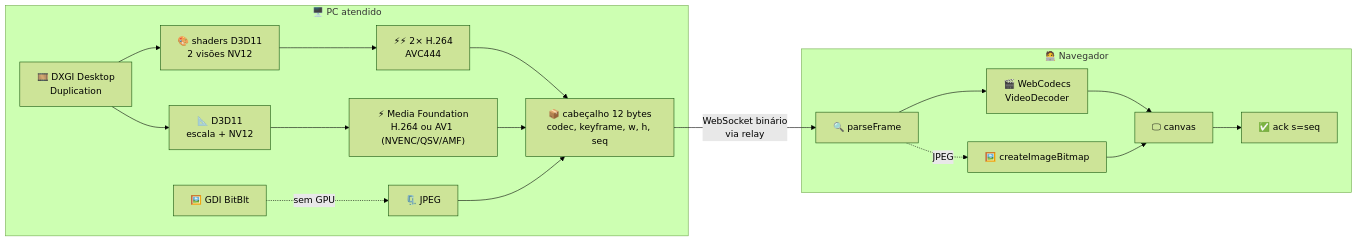
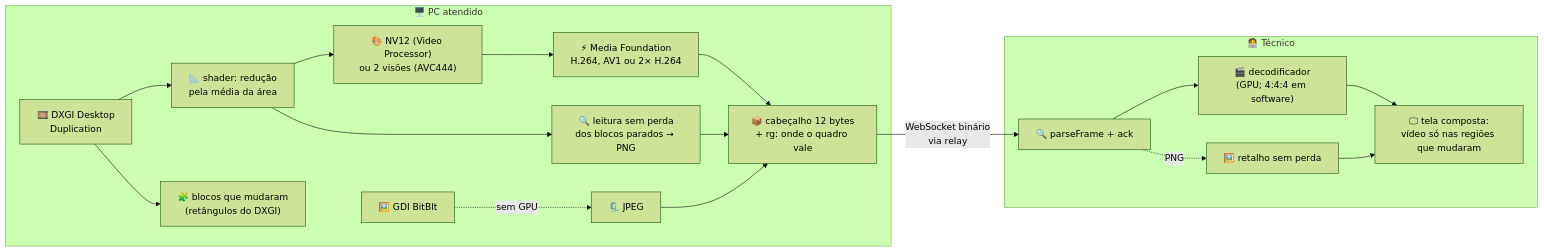
One commit to caetasousa/remoteIT changed the fifth of 21 diagrams in docs/FLUXOS.md. Above: the diagram before and after it, drawn with Mermaid (forest theme). The commit also changed other lines of this file and 96 other files, not shown here.

````diff
--- a/docs/FLUXOS.md
+++ b/docs/FLUXOS.md
@@ -192,21 +192,21 @@
 ```mermaid
 graph LR
     subgraph PC["🖥️ PC atendido"]
-        D["🎞️ DXGI Desktop<br/>Duplication"] --> S["📐 D3D11<br/>escala + NV12"]
-        D --> SH["🎨 shaders D3D11<br/>2 visões NV12"]
-        S --> E["⚡ Media Foundation<br/>H.264 ou AV1 (NVENC/QSV/AMF)"]
-        SH --> E2["⚡⚡ 2× H.264<br/>AVC444"]
-        E2 --> F
+        D["🎞️ DXGI Desktop<br/>Duplication"] --> R["📐 shader: redução<br/>pela média da área"]
+        D --> M["🧩 blocos que mudaram<br/>(retângulos do DXGI)"]
+        R --> S["🎨 NV12 (Video Processor)<br/>ou 2 visões (AVC444)"]
+        S --> E["⚡ Media Foundation<br/>H.264, AV1 ou 2× H.264"]
+        R --> ST["🔍 leitura sem perda<br/>dos blocos parados → PNG"]
         G["🖼️ GDI BitBlt"] -.sem GPU.-> J["🗜️ JPEG"]
-        E --> F["📦 cabeçalho 12 bytes<br/>codec, keyframe, w, h, seq"]
+        E --> F["📦 cabeçalho 12 bytes<br/>+ rg: onde o quadro vale"]
+        ST --> F
         J --> F
     end
     F -- "WebSocket binário<br/>via relay" --> P
-    subgraph NAV["🧑‍💻 Navegador"]
-        P["🔍 parseFrame"] --> V["🎬 WebCodecs<br/>VideoDecoder"]
-        P -.JPEG.-> I["🖼️ createImageBitmap"]
-        V --> C["🖵 canvas"]
+    subgraph TEC["🧑‍💻 Técnico"]
+        P["🔍 parseFrame + ack"] --> V["🎬 decodificador<br/>(GPU; 4:4:4 em software)"]
+        P -.PNG.-> I["🖼️ retalho sem perda"]
+        V --> C["🖵 tela composta:<br/>vídeo só nas regiões que mudaram"]
         I --> C
-        C --> K["✅ ack s=seq"]
     end
 ```
````
